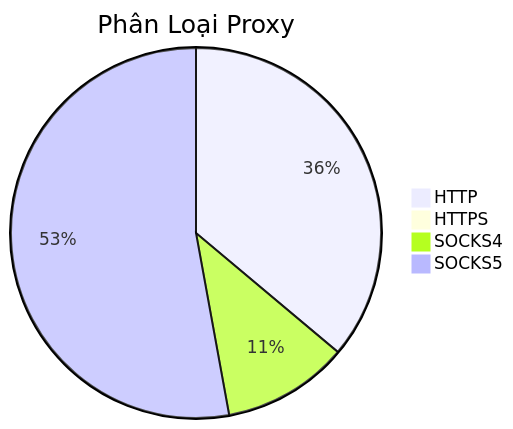
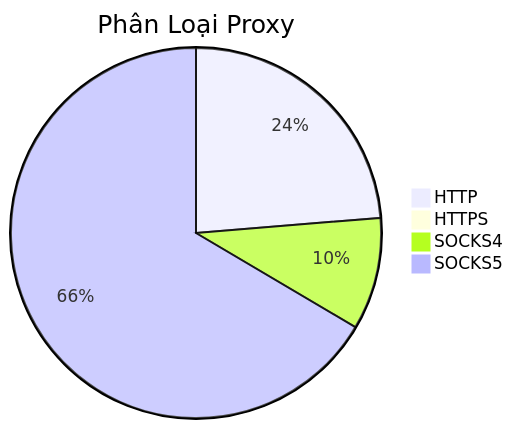
One commit to Ciara-12/PROXY-free changed the diagram in README.md. Above: the diagram before and after it, drawn with Mermaid. The commit also changed other lines of this file and 4 other files, not shown here.

````diff
--- a/README.md
+++ b/README.md
@@ -26,7 +26,7 @@
 ```mermaid
 pie title Phân Loại Proxy
-    "HTTP" : 950
-    "HTTPS" : 0
-    "SOCKS4" : 290
-    "SOCKS5" : 1391
+    "HTTP" : 724
+    "HTTPS" : 1
+    "SOCKS4" : 299
+    "SOCKS5" : 2032
 ```
````
